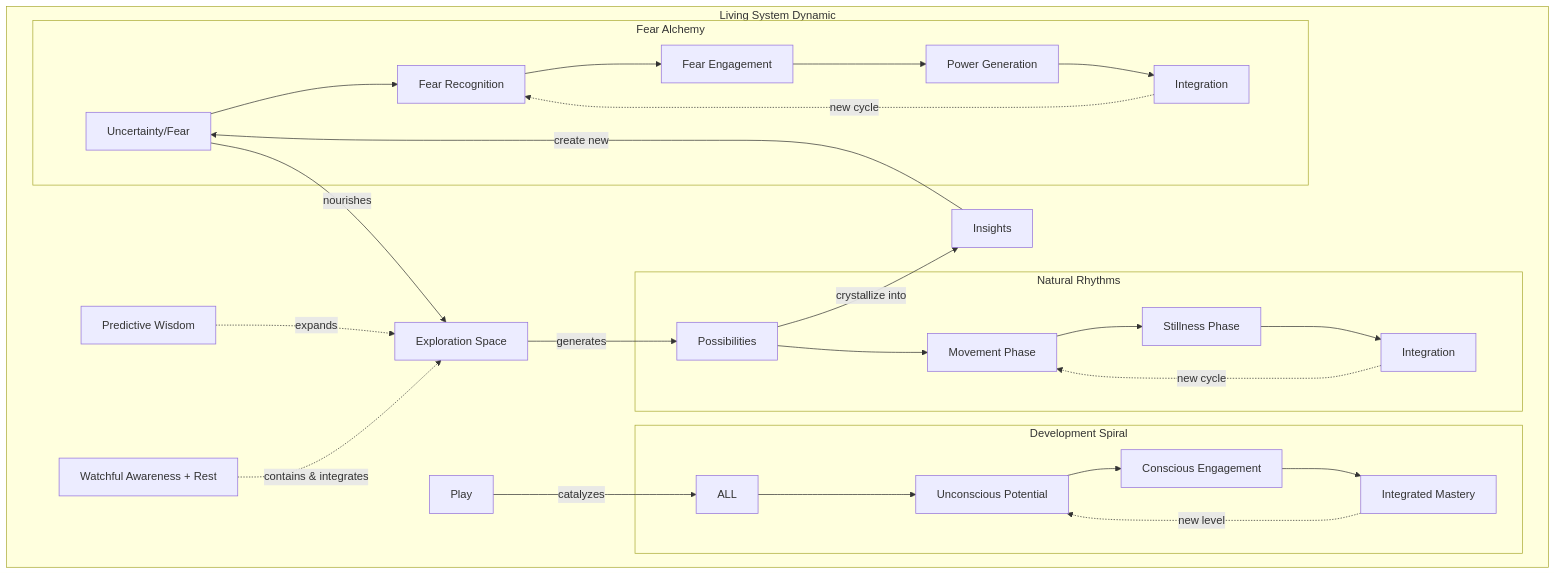
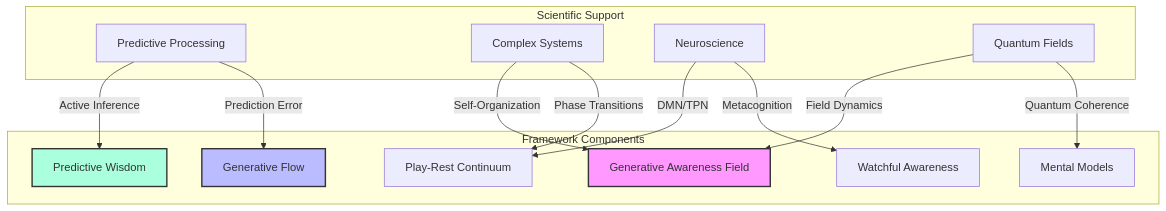
One commit to phillipclapham/neuroweaver changed the fifth of 52 diagrams in README.md. Above: the diagram before and after it, drawn with Mermaid. The commit also changed other lines of this file and 4 other files, not shown here.

Commit message:
v0.2.0-flow

````diff
--- a/README.md
+++ b/README.md
@@ -349,35 +3087,31 @@
 ```mermaid
 graph TD
-    subgraph "Living System Dynamic"
-        U[Uncertainty/Fear] -->|nourishes| E[Exploration Space]
-        E -->|generates| P[Possibilities]
-        P -->|crystallize into| I[Insights]
-        I -->|create new| U
+    subgraph "Framework Components"
+        GAF[Generative Awareness Field]
+        GF[Generative Flow]
+        PR[Play-Rest Continuum]
+        WA[Watchful Awareness]
+        PW[Predictive Wisdom]
+        MM[Mental Models]
+    end
 
-        PW[Predictive Wisdom] -.->|expands| E
-        WA_R[Watchful Awareness + Rest] -.->|contains & integrates| E
-        Play[Play] -->|catalyzes| ALL
+    subgraph "Scientific Support"
+        PP[Predictive Processing]
+        CAS[Complex Systems]
+        NC[Neuroscience]
+        QF[Quantum Fields]
+    end
 
-        subgraph "Natural Rhythms"
-            P --> M1[Movement Phase]
-            M1 --> S1[Stillness Phase]
-            S1 --> I1[Integration]
-            I1 -.->|new cycle| M1
-        end
+    PP -->|Active Inference| PW
+    PP -->|Prediction Error| GF
+    CAS -->|Self-Organization| GAF
+    CAS -->|Phase Transitions| PR
+    NC -->|DMN/TPN| PR
+    NC -->|Metacognition| WA
+    QF -->|Field Dynamics| GAF
+    QF -->|Quantum Coherence| MM
 
-        subgraph "Development Spiral"
-            ALL --> UN[Unconscious Potential]
-            UN --> CO[Conscious Engagement]
-            CO --> IN[Integrated Mastery]
-            IN -.->|new level| UN
-        end
-
-        subgraph "Fear Alchemy"
-            U --> F1[Fear Recognition]
-            F1 --> F2[Fear Engagement]
-            F2 --> F3[Power Generation]
-            F3 --> F4[Integration]
-            F4 -.->|new cycle| F1
-        end
-    end
+    style GAF fill:#f9f,stroke:#333,stroke-width:2px
+    style GF fill:#bbf,stroke:#333,stroke-width:2px
+    style PW fill:#afd,stroke:#333,stroke-width:2px
 ```
````
